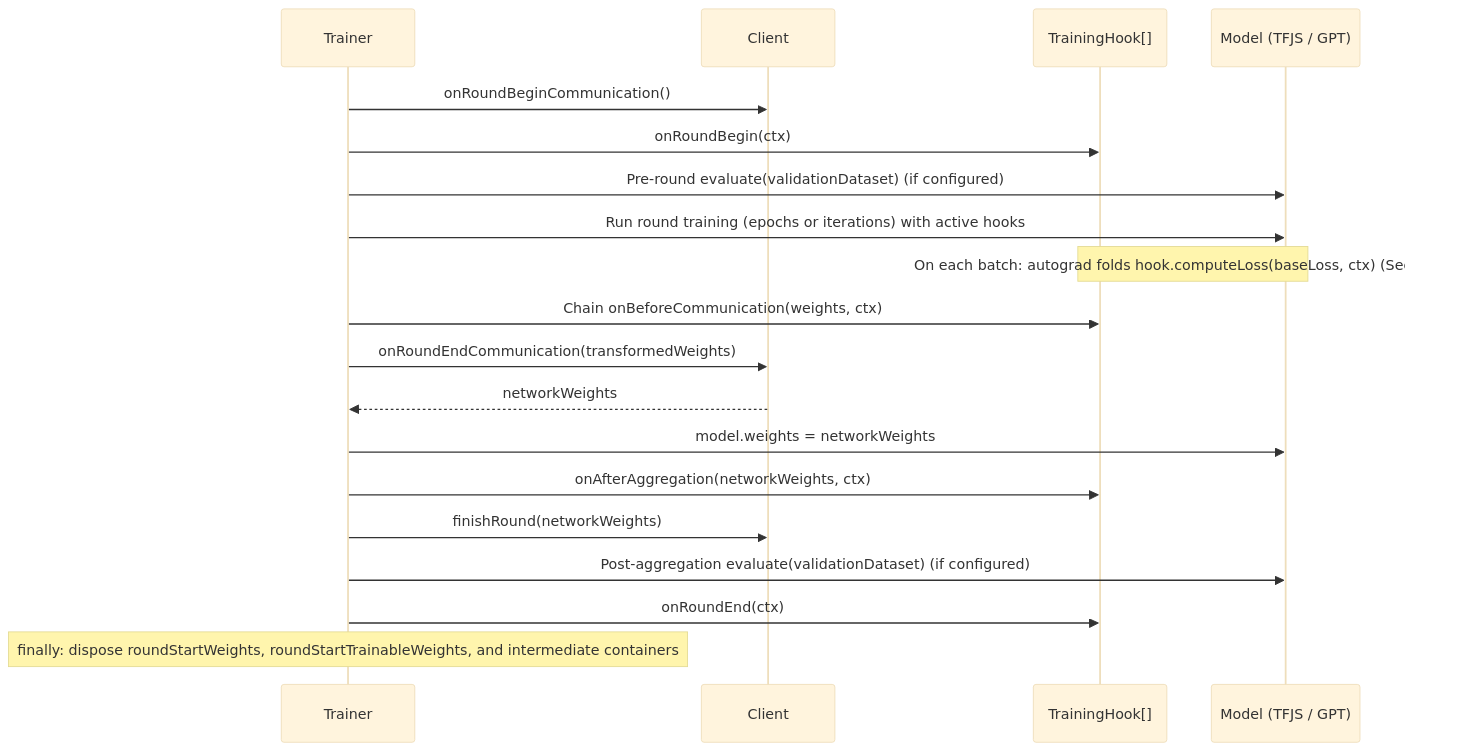
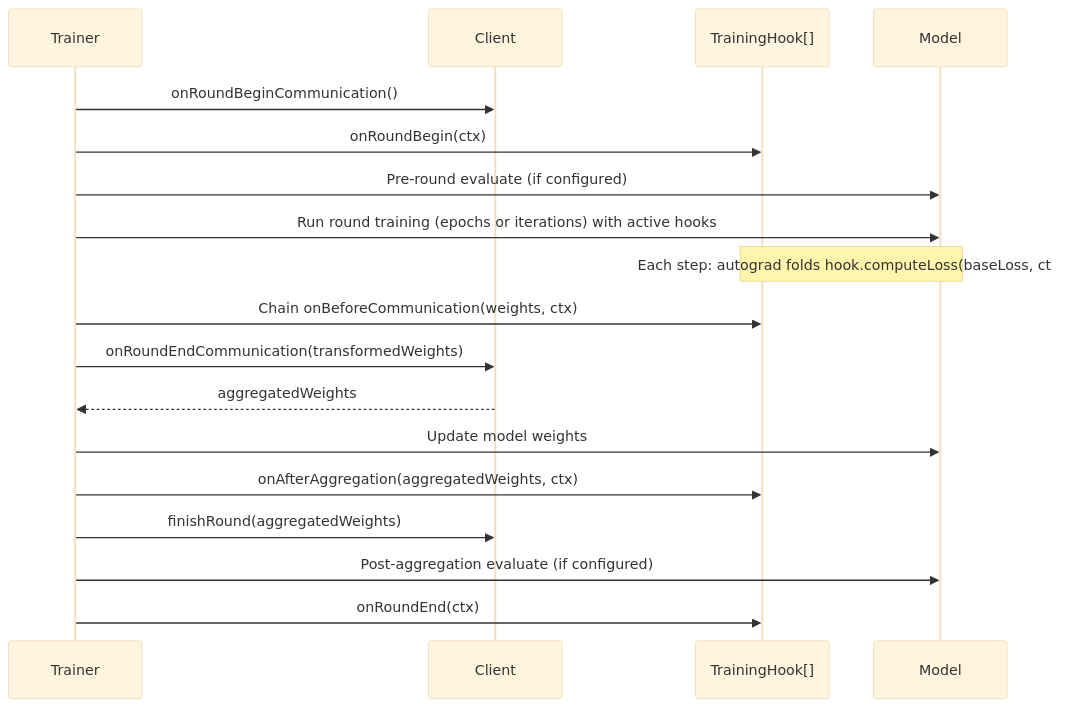
Before and after one commit to epfml/disco: the third of 3 diagrams in docs/TRAINING_ARCHITECTURE.md, drawn with Mermaid (base theme). The commit also changed other lines of this file, not shown here.

````diff
--- a/docs/TRAINING_ARCHITECTURE.md
+++ b/docs/TRAINING_ARCHITECTURE.md
@@ -427,22 +236,21 @@
 ```mermaid
 sequenceDiagram
     participant T as Trainer
     participant C as Client
     participant H as TrainingHook[]
-    participant M as Model (TFJS / GPT)
+    participant M as Model
 
     T->>C: onRoundBeginCommunication()
     T->>H: onRoundBegin(ctx)
-    T->>M: Pre-round evaluate(validationDataset) (if configured)
+    T->>M: Pre-round evaluate (if configured)
     T->>M: Run round training (epochs or iterations) with active hooks
-    Note over M,H: On each batch: autograd folds hook.computeLoss(baseLoss, ctx) (Section 3.3)
+    Note over M,H: Each step: autograd folds hook.computeLoss(baseLoss, ctx)
     T->>H: Chain onBeforeCommunication(weights, ctx)
     T->>C: onRoundEndCommunication(transformedWeights)
-    C-->>T: networkWeights
-    T->>M: model.weights = networkWeights
-    T->>H: onAfterAggregation(networkWeights, ctx)
-    T->>C: finishRound(networkWeights)
-    T->>M: Post-aggregation evaluate(validationDataset) (if configured)
+    C-->>T: aggregatedWeights
+    T->>M: Update model weights
+    T->>H: onAfterAggregation(aggregatedWeights, ctx)
+    T->>C: finishRound(aggregatedWeights)
+    T->>M: Post-aggregation evaluate (if configured)
     T->>H: onRoundEnd(ctx)
-    Note over T: finally: dispose roundStartWeights, roundStartTrainableWeights, and intermediate containers
 ```
````
